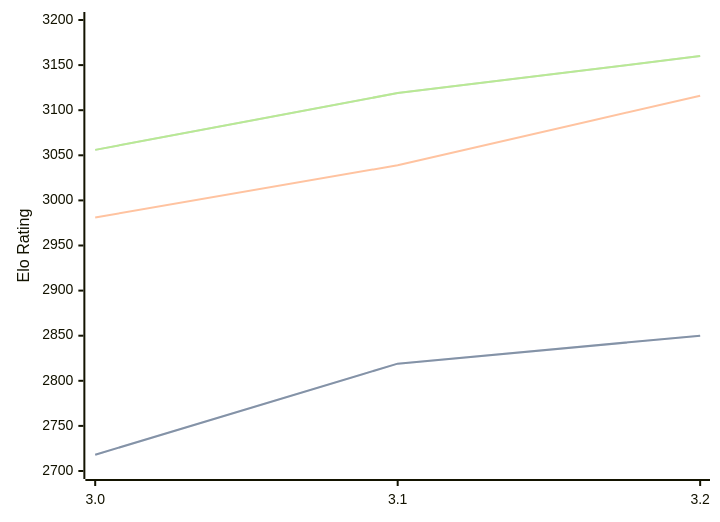
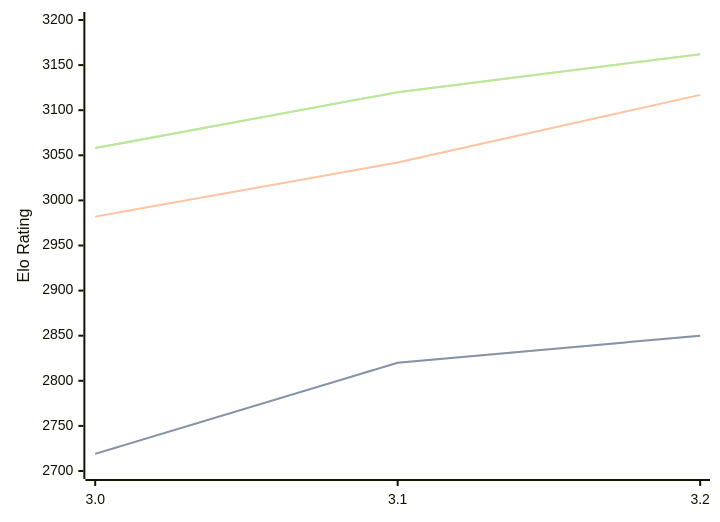
One commit to computer-chess-index/cci changed the diagram in engines/Vajolet2.md. Above: the diagram before and after it, drawn with Mermaid. The commit also changed other lines of this file, not shown here.

Commit message:
Update CCI Ratings (ELO VLTC) - 2026-08-09

````diff
--- a/engines/Vajolet2.md
+++ b/engines/Vajolet2.md
@@ -33,11 +33,11 @@
 ```mermaid
 %%{init: {"theme":"base","themeVariables":{"seriesColors:['#a3a3a3','#222221','#faa371']}}}%%
 xychart-beta
   x-axis ["3.0", "3.1", "3.2"]
   y-axis "Elo Rating" 2700 --> 3200
-  line "STC (8.0+0.08s)" [2718, 2819, 2850]
-  line "STC (8.0+0.08s)" [2718, 2819, 2850]
-  line "LTC (60.0+0.60s)" [2981, 3039, 3116]
-  line "VLTC (2m24s+1.12s)" [3056, 3119, 3160]
-  line "VLTC (2m24s+1.12s)" [3056, 3119, 3160]
+  line "STC (8.0+0.08s)" [2719, 2820, 2850]
+  line "STC (8.0+0.08s)" [2719, 2820, 2850]
+  line "LTC (60.0+0.60s)" [2982, 3042, 3117]
+  line "VLTC (2m24s+1.12s)" [3058, 3120, 3162]
+  line "VLTC (2m24s+1.12s)" [3058, 3120, 3162]
 ```
````
